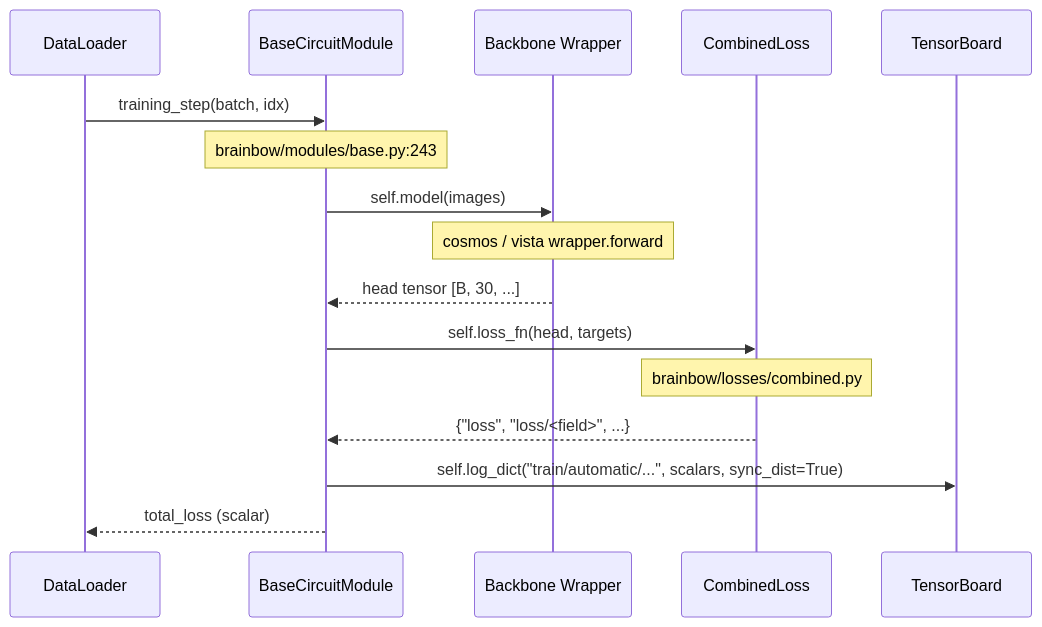
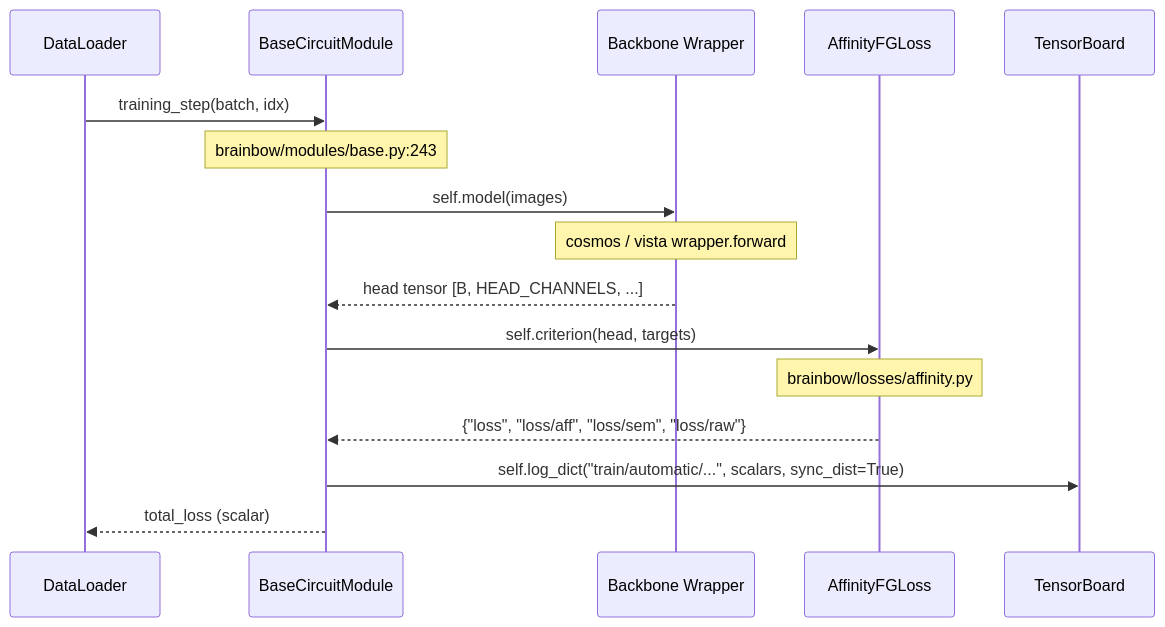
Before and after one commit to tmquan/brainbow: the third of 3 diagrams in doc/WALKTHROUGH.md, drawn with Mermaid. The commit also changed other lines of this file and 28 other files, not shown here.

````diff
--- a/doc/WALKTHROUGH.md
+++ b/doc/WALKTHROUGH.md
@@ -200,19 +188,19 @@
 ```mermaid
 sequenceDiagram
     participant DL as DataLoader
     participant Mod as BaseCircuitModule
     participant Wrap as Backbone Wrapper
-    participant Loss as CombinedLoss
+    participant Loss as AffinityFGLoss
     participant TB as TensorBoard
 
     DL->>Mod: training_step(batch, idx)
     Note over Mod: brainbow/modules/base.py:243
     Mod->>Wrap: self.model(images)
     Note over Wrap: cosmos / vista wrapper.forward
-    Wrap-->>Mod: head tensor [B, 30, ...]
-    Mod->>Loss: self.loss_fn(head, targets)
-    Note over Loss: brainbow/losses/combined.py
-    Loss-->>Mod: {"loss", "loss/<field>", ...}
+    Wrap-->>Mod: head tensor [B, HEAD_CHANNELS, ...]
+    Mod->>Loss: self.criterion(head, targets)
+    Note over Loss: brainbow/losses/affinity.py
+    Loss-->>Mod: {"loss", "loss/aff", "loss/sem", "loss/raw"}
     Mod->>TB: self.log_dict("train/automatic/...", scalars, sync_dist=True)
     Mod-->>DL: total_loss (scalar)
 ```
````
